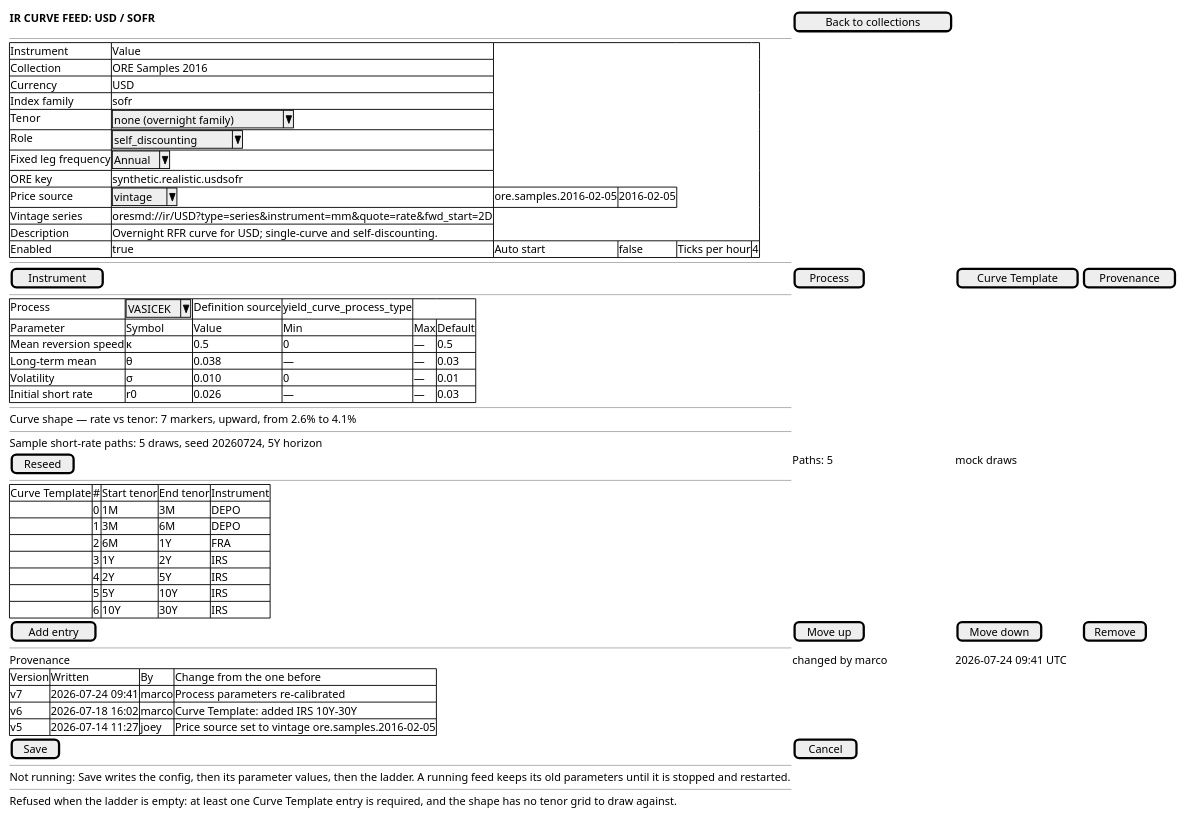
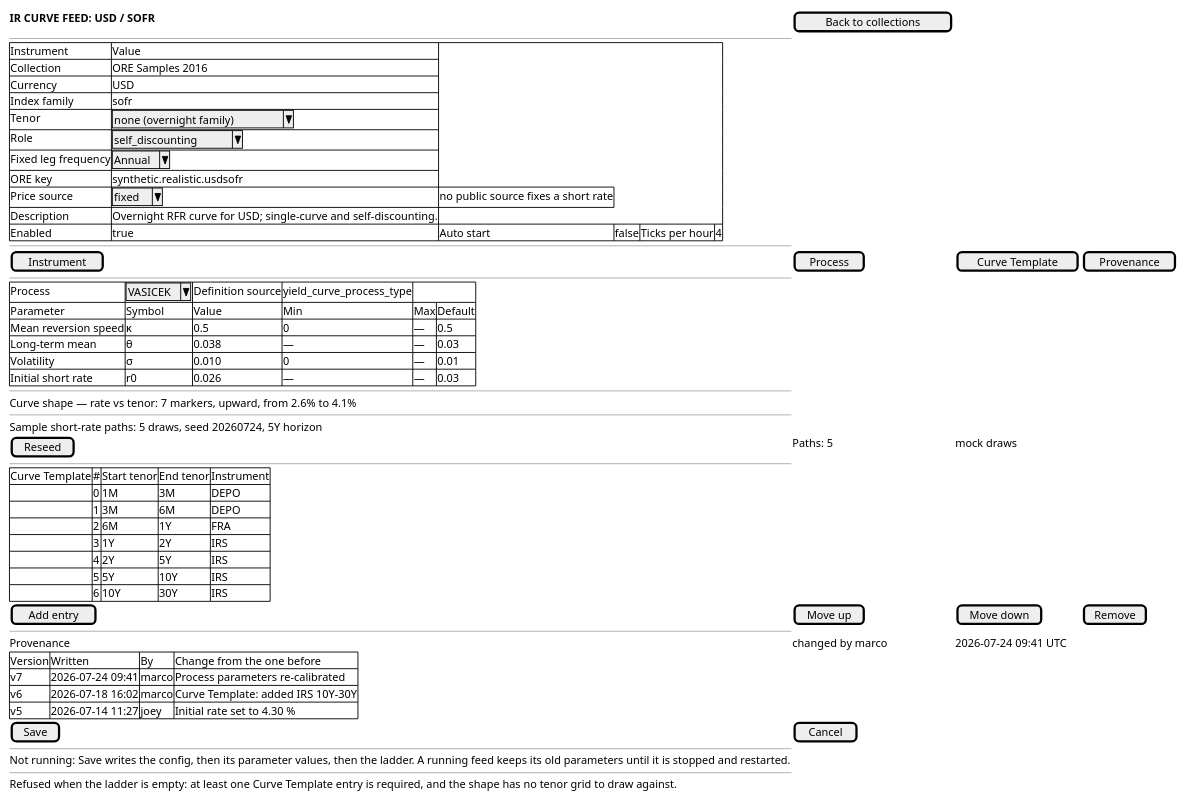
Before and after one commit to OreStudio/OreStudio: the diagram in doc/knowledge/journeys/market_data/wireframe_author-an-ir-curve-feed.puml, drawn with PlantUML. The commit also changed 21 other files, not shown here.

First line of the commit message:
[docs] Describe the fixing path wherever a vintage was the source

```diff
--- a/doc/knowledge/journeys/market_data/wireframe_author-an-ir-curve-feed.puml
+++ b/doc/knowledge/journeys/market_data/wireframe_author-an-ir-curve-feed.puml
@@ -18,64 +18,63 @@
 @startuml
 
 salt
 {
   <b>IR CURVE FEED: USD / SOFR</b> | [ Back to collections ]
   --
   {#
     Instrument | Value
     Collection | ORE Samples 2016
     Currency | USD
     Index family | sofr
     Tenor | ^none (overnight family)^
     Role | ^self_discounting^
     Fixed leg frequency | ^Annual^
     ORE key | synthetic.realistic.usdsofr
-    Price source | ^vintage^ | ore.samples.2016-02-05 | 2016-02-05
-    Vintage series | oresmd://ir/USD?type=series&instrument=mm&quote=rate&fwd_start=2D
+    Price source | ^fixed^ | no public source fixes a short rate
     Description | Overnight RFR curve for USD; single-curve and self-discounting.
     Enabled | true | Auto start | false | Ticks per hour | 4
   }
   --
   [ Instrument ] | [ Process ] | [ Curve Template ] | [ Provenance ]
   --
   {#
     Process | ^VASICEK^ | Definition source | yield_curve_process_type
     Parameter | Symbol | Value | Min | Max | Default
     Mean reversion speed | κ | 0.5 | 0 | — | 0.5
     Long-term mean | θ | 0.038 | — | — | 0.03
     Volatility | σ | 0.010 | 0 | — | 0.01
     Initial short rate | r0 | 0.026 | — | — | 0.03
   }
   --
   Curve shape — rate vs tenor: 7 markers, upward, from 2.6% to 4.1%
   --
   Sample short-rate paths: 5 draws, seed 20260724, 5Y horizon
   [ Reseed ] | Paths: 5 | mock draws
   --
   {#
     Curve Template | # | Start tenor | End tenor | Instrument
     . | 0 | 1M | 3M | DEPO
     . | 1 | 3M | 6M | DEPO
     . | 2 | 6M | 1Y | FRA
     . | 3 | 1Y | 2Y | IRS
     . | 4 | 2Y | 5Y | IRS
     . | 5 | 5Y | 10Y | IRS
     . | 6 | 10Y | 30Y | IRS
   }
   [ Add entry ] | [ Move up ] | [ Move down ] | [ Remove ]
   --
   Provenance | changed by marco | 2026-07-24 09:41 UTC
   {#
     Version | Written | By | Change from the one before
     v7 | 2026-07-24 09:41 | marco | Process parameters re-calibrated
     v6 | 2026-07-18 16:02 | marco | Curve Template: added IRS 10Y–30Y
-    v5 | 2026-07-14 11:27 | joey | Price source set to vintage ore.samples.2016-02-05
+    v5 | 2026-07-14 11:27 | joey | Initial rate set to 4.30 %
   }
   [ Save ] | [ Cancel ]
   --
   Not running: Save writes the config, then its parameter values, then the ladder. A running feed keeps its old parameters until it is stopped and restarted.
   --
   Refused when the ladder is empty: at least one Curve Template entry is required, and the shape has no tenor grid to draw against.
 }
 
 @enduml
```
